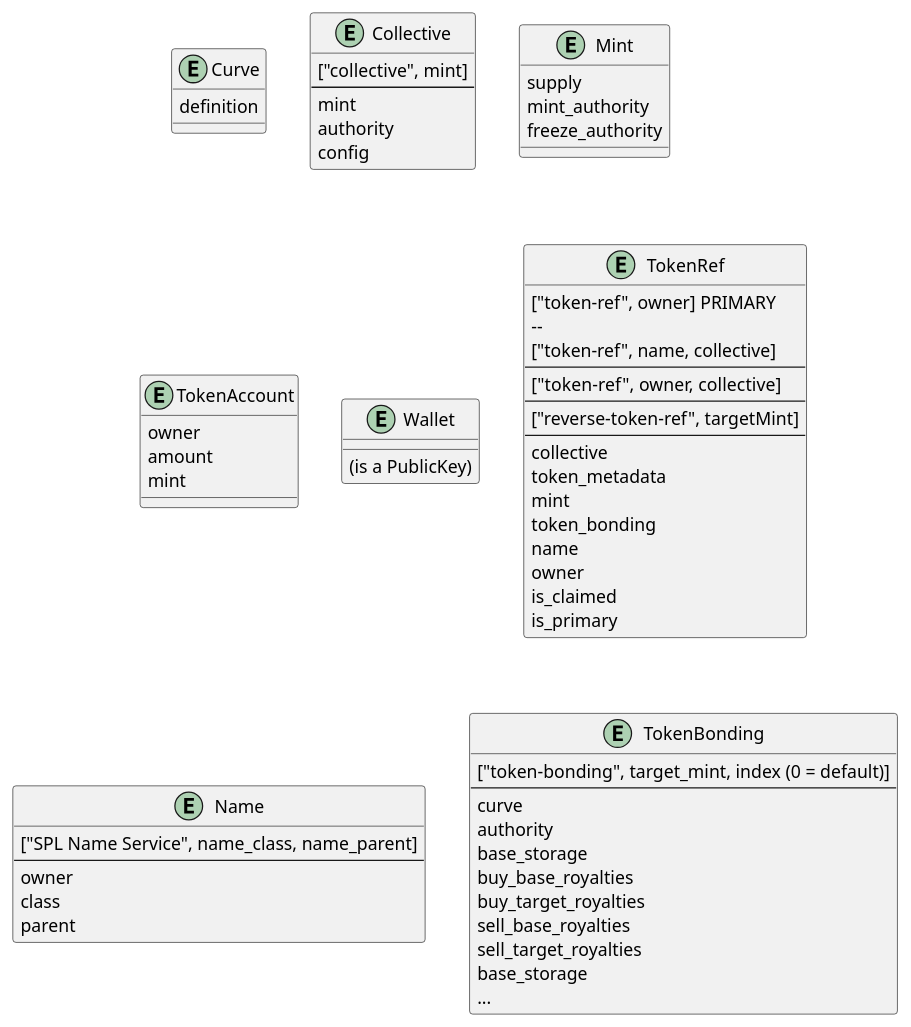
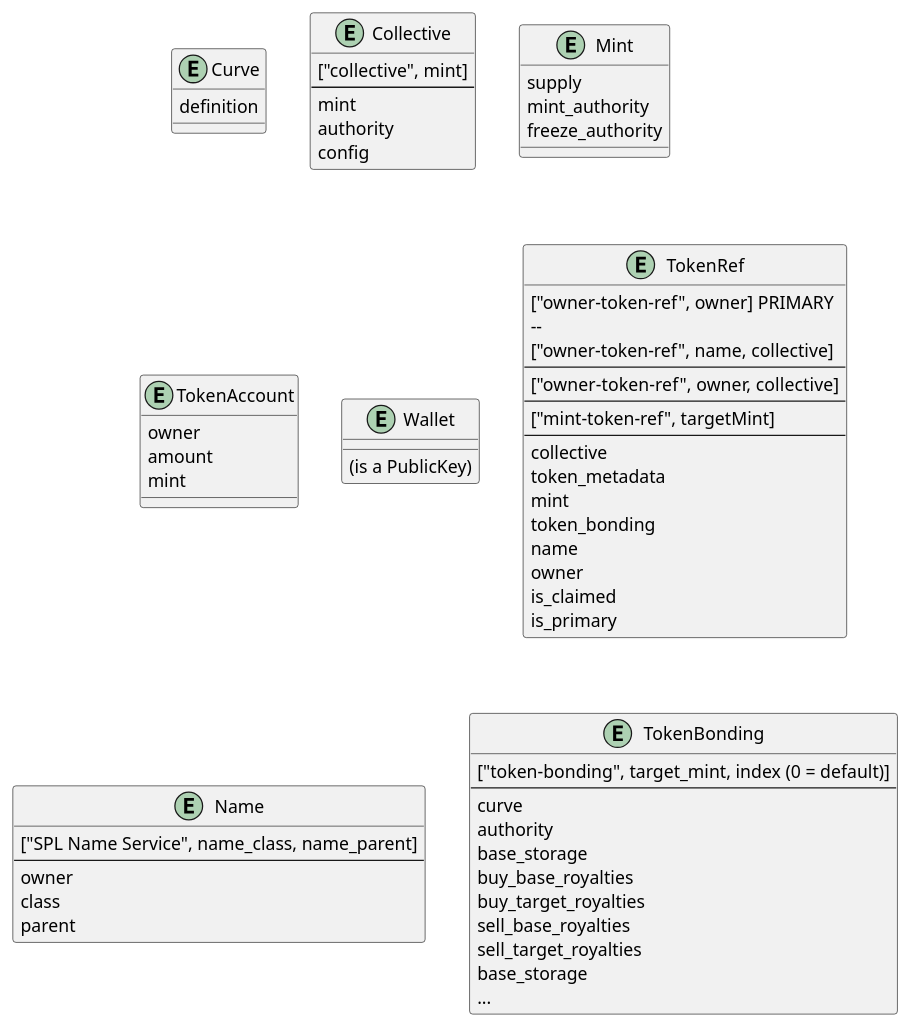
The diagram in packages/docs/docs/learn/fetching_data.md (StrataFoundation/strata), drawn with PlantUML before and after one commit. The commit also changed other lines of this file and 15 other files, not shown here.

Commit message:
Refactor: tokenRef --> ownedTokenRef, reverseTokenRef --> mintTokenRef. Switch all authorities to concrete accounts **This is a major breaking changeset**

```diff
--- a/packages/docs/docs/learn/fetching_data.md
+++ b/packages/docs/docs/learn/fetching_data.md
@@ -37,13 +37,13 @@
 }
 
 entity TokenRef {
-  ["token-ref", owner] PRIMARY
+  ["owner-token-ref", owner] PRIMARY
   -- 
-  ["token-ref", name, collective]
+  ["owner-token-ref", name, collective]
   --
-  ["token-ref", owner, collective]
+  ["owner-token-ref", owner, collective]
   --
-  ["reverse-token-ref", targetMint]
+  ["mint-token-ref", targetMint]
   --
   collective
   token_metadata
```
